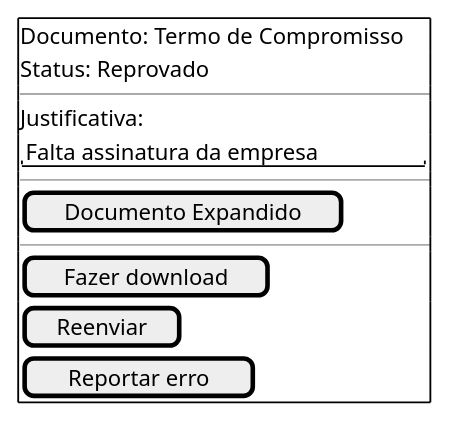
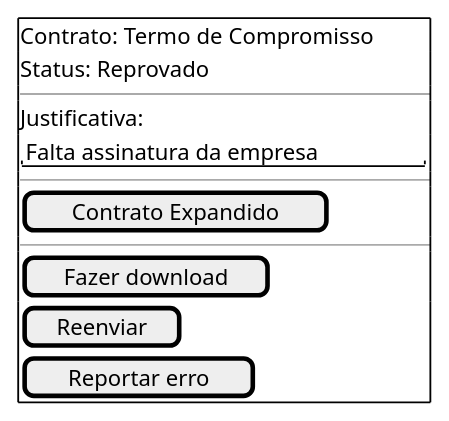
Before and after one commit to Projetos-de-Extensao/PBE_26.1_8002_III: the diagram in docs/assets/Diagramas/src/detalhes_documento.puml, drawn with PlantUML. The commit also changed 4 other files, not shown here.

```diff
--- a/docs/assets/Diagramas/src/detalhes_documento.puml
+++ b/docs/assets/Diagramas/src/detalhes_documento.puml
@@ -1,15 +1,15 @@
 @startsalt
 {+
-  Documento: Termo de Compromisso
+  Contrato: Termo de Compromisso
   Status: Reprovado
   --
   Justificativa:
   "Falta assinatura da empresa"
   --
-  [ Documento Expandido ]
+  [ Contrato Expandido ]
   --
   [ Fazer download ] 
   [ Reenviar ] 
   [ Reportar erro ]
 }
 @endsalt
```
